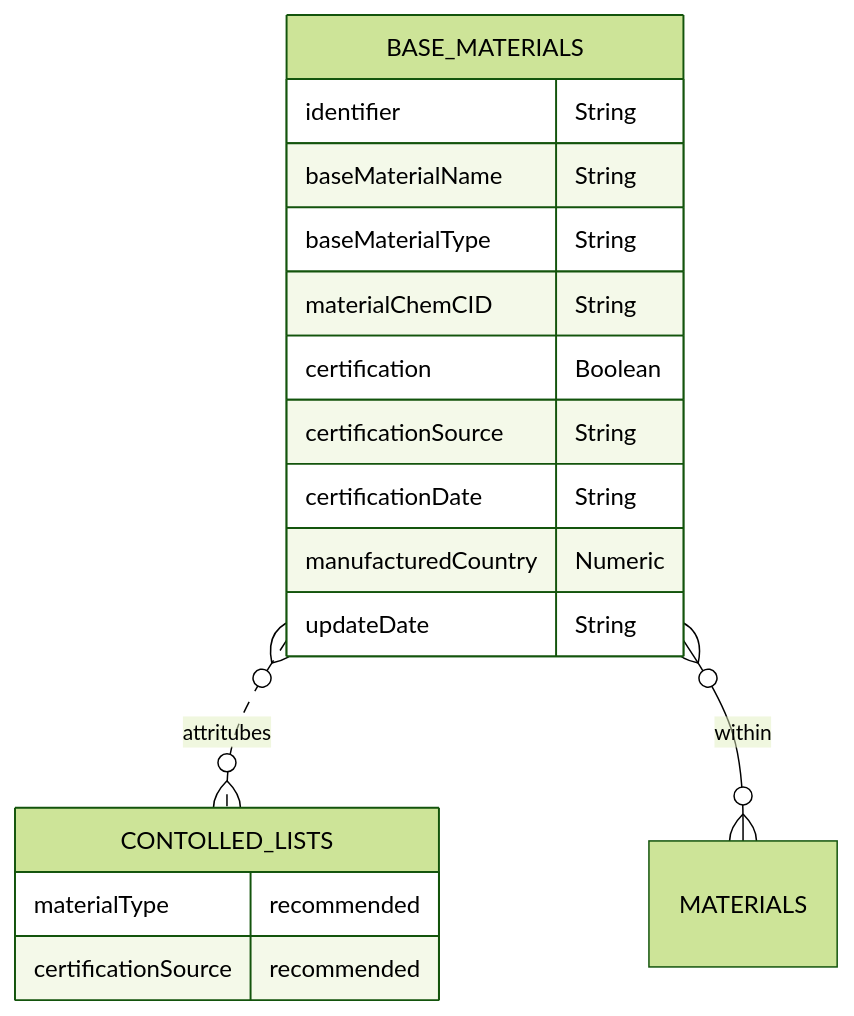
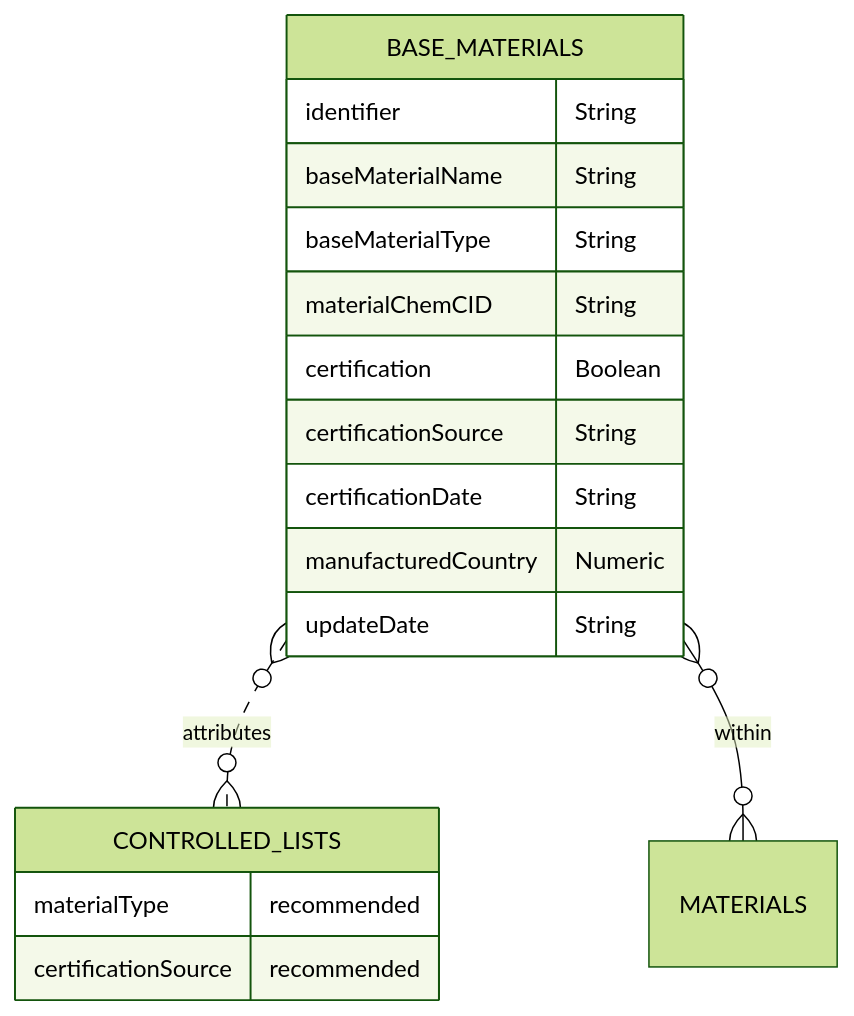
Before and after one commit to OpenDataManchester/Open3P: the diagram in docs/3_Data_Specification/3_1_Base_Materials.md, drawn with Mermaid (forest theme). The commit also changed 4 other files, not shown here.

````diff
--- a/docs/3_Data_Specification/3_1_Base_Materials.md
+++ b/docs/3_Data_Specification/3_1_Base_Materials.md
@@ -25,20 +25,20 @@
 ``` mermaid
 erDiagram
   BASE_MATERIALS {
     identifier String
     baseMaterialName String
     baseMaterialType String
     materialChemCID String
     certification Boolean
     certificationSource String
     certificationDate String
     manufacturedCountry Numeric
     updateDate String
   }
-  BASE_MATERIALS }o..o{ CONTOLLED_LISTS : attritubes
+  BASE_MATERIALS }o..o{ CONTROLLED_LISTS : attributes
   BASE_MATERIALS }o--o{ MATERIALS : within
-      CONTOLLED_LISTS {
+      CONTROLLED_LISTS {
     materialType recommended
     certificationSource recommended
   }
 ```
````
